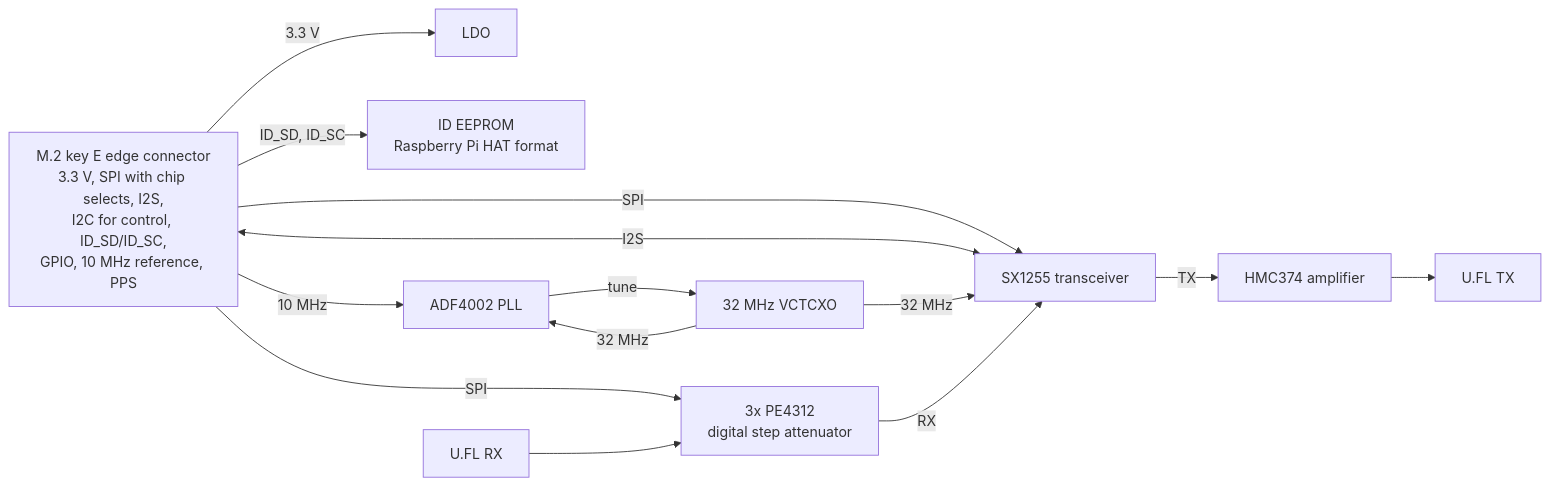
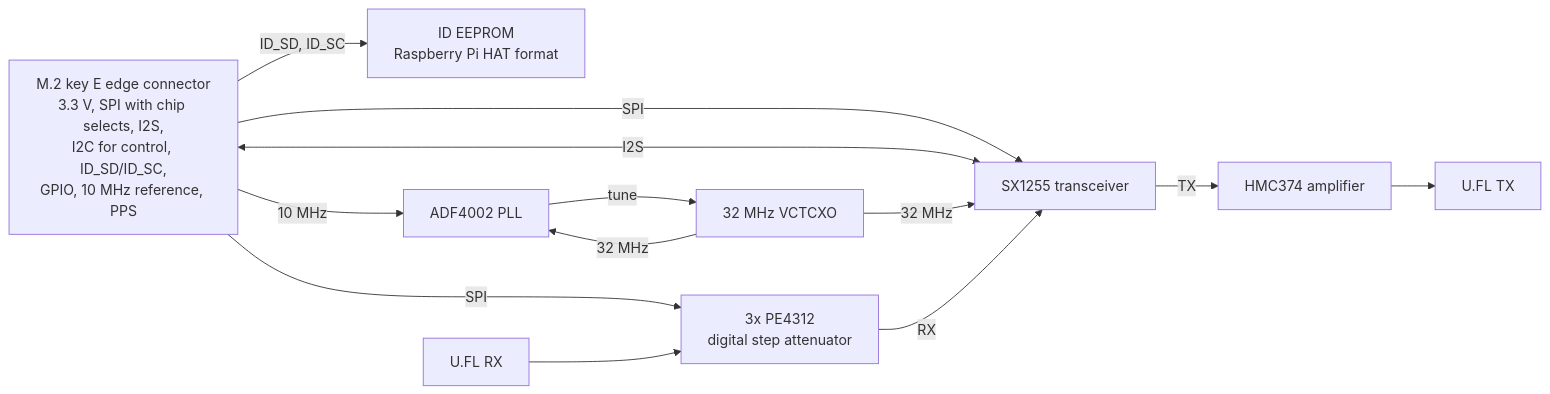
Before and after one commit to M17-Project/rru2-rf-sx1255: the diagram in README.md, drawn with Mermaid.

Commit message:
Remove the LDO from the block diagram
The mainboard supplies a stable 3.3 V through the M.2 connector.

````diff
--- a/README.md
+++ b/README.md
@@ -19,31 +19,29 @@
 ```mermaid
 flowchart LR
     M2["M.2 key E edge connector<br/>3.3 V, SPI with chip selects, I2S,<br/>I2C for control, ID_SD/ID_SC,<br/>GPIO, 10 MHz reference, PPS"]
 
-    LDO["LDO"]
     EEPROM["ID EEPROM<br/>Raspberry Pi HAT format"]
     PLL["ADF4002 PLL"]
     TCXO["32 MHz VCTCXO"]
     SX["SX1255 transceiver"]
     AMP["HMC374 amplifier"]
     ATT["3x PE4312<br/>digital step attenuator"]
     TXC["U.FL TX"]
     RXC["U.FL RX"]
 
-    M2 -- "3.3 V" --> LDO
     M2 -- "ID_SD, ID_SC" --> EEPROM
     M2 -- "SPI" --> SX
     M2 -- "SPI" --> ATT
     M2 <-->|"I2S"| SX
 
     M2 -- "10 MHz" --> PLL
     PLL -- "tune" --> TCXO
     TCXO -- "32 MHz" --> PLL
     TCXO -- "32 MHz" --> SX
 
     SX -- "TX" --> AMP
     AMP --> TXC
 
     RXC --> ATT
     ATT -- "RX" --> SX
 ```
````
